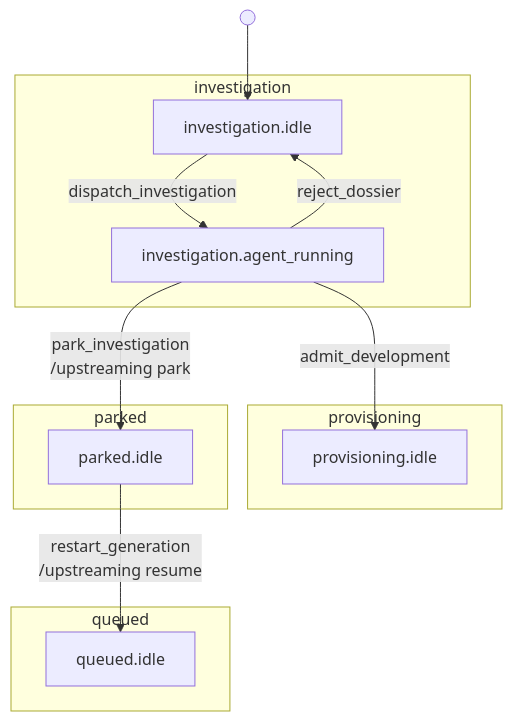
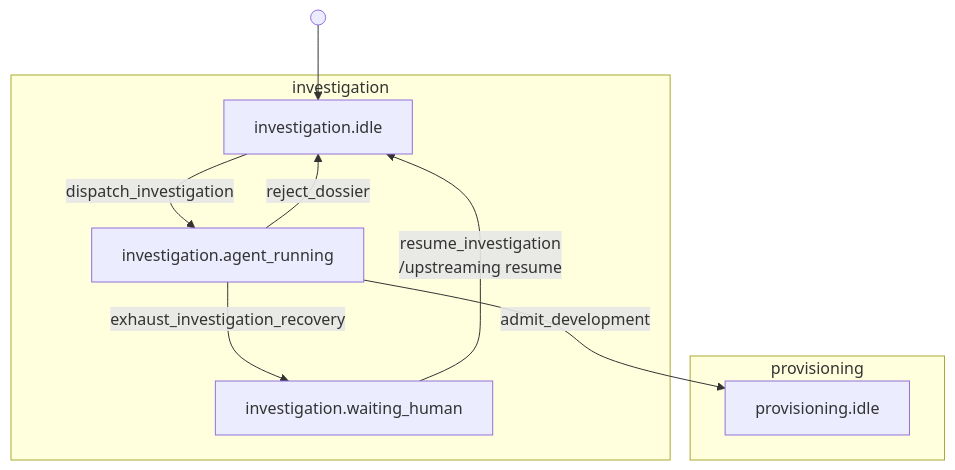
One commit to riseproject-dev/porting-agent changed the third of 30 diagrams in docs/state-machine/index.md. Above: the diagram before and after it, drawn with Mermaid. The commit also changed other lines of this file and 9 other files, not shown here.

````diff
--- a/docs/state-machine/index.md
+++ b/docs/state-machine/index.md
@@ -166,23 +180,18 @@
 ```mermaid
 flowchart TB
     subgraph investigation["investigation"]
         investigation_idle["investigation.idle"]
         investigation_agent_running["investigation.agent_running"]
+        investigation_waiting_human["investigation.waiting_human"]
     end
     subgraph provisioning["provisioning"]
         provisioning_idle["provisioning.idle"]
-    end
-    subgraph parked["parked"]
-        parked_idle["parked.idle"]
-    end
-    subgraph queued["queued"]
-        queued_idle["queued.idle"]
     end
 
     start_1(( )) --> investigation_idle
     investigation_idle -->|dispatch_investigation| investigation_agent_running
     investigation_agent_running -->|reject_dossier| investigation_idle
+    investigation_agent_running -->|exhaust_investigation_recovery| investigation_waiting_human
+    investigation_waiting_human -->|resume_investigation<br/>/upstreaming resume| investigation_idle
     investigation_agent_running -->|admit_development| provisioning_idle
-    investigation_agent_running -->|park_investigation<br/>/upstreaming park| parked_idle
-    parked_idle -->|restart_generation<br/>/upstreaming resume| queued_idle
 ```
````
